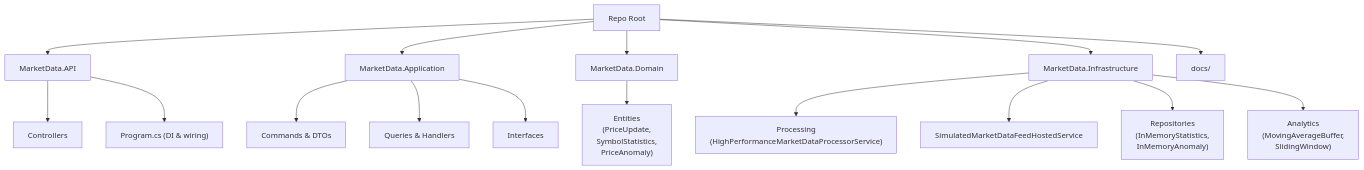
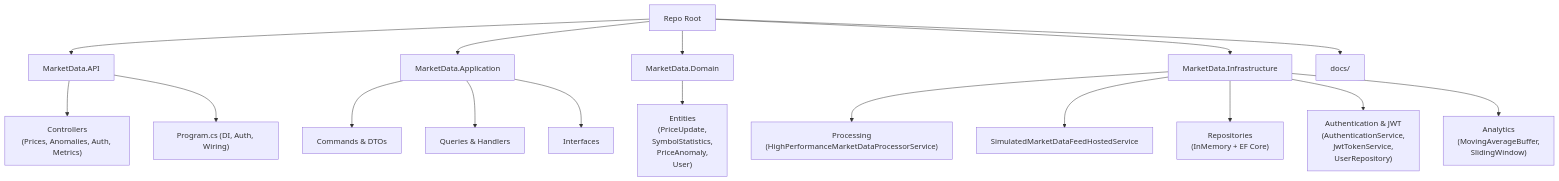
One commit to yasserebrahimi/MarketDataSystem changed the ninth of 11 diagrams in README.md. Above: the diagram before and after it, drawn with Mermaid. The commit also changed other lines of this file and 75 other files, not shown here.

````diff
--- a/README.md
+++ b/README.md
@@ -434,30 +477,35 @@
 ```mermaid
 flowchart TD
     Root["Repo Root"] --> API["MarketData.API"]
     Root --> APP["MarketData.Application"]
     Root --> DOM["MarketData.Domain"]
     Root --> INF["MarketData.Infrastructure"]
     Root --> DOCS["docs/"]
 
-    API --> Ctrls["Controllers"]
-    API --> Program["Program.cs (DI & wiring)"]
+    API --> Ctrls["Controllers
+(Prices, Anomalies, Auth, Metrics)"]
+    API --> Program["Program.cs (DI, Auth, Wiring)"]
 
     INF --> ProcNode["Processing
 (HighPerformanceMarketDataProcessorService)"]
     INF --> SimSvc["SimulatedMarketDataFeedHostedService"]
     INF --> Repos["Repositories
-(InMemoryStatistics,
-InMemoryAnomaly)"]
+(InMemory + EF Core)"]
+    INF --> AuthInfra["Authentication & JWT
+(AuthenticationService,
+JwtTokenService,
+UserRepository)"]
     INF --> Analytics["Analytics
 (MovingAverageBuffer,
 SlidingWindow)"]
 
     APP --> Commands["Commands & DTOs"]
     APP --> Queries["Queries & Handlers"]
     APP --> Interfaces["Interfaces"]
 
     DOM --> Entities["Entities
 (PriceUpdate,
 SymbolStatistics,
-PriceAnomaly)"]
+PriceAnomaly,
+User)"]
 ```
````
